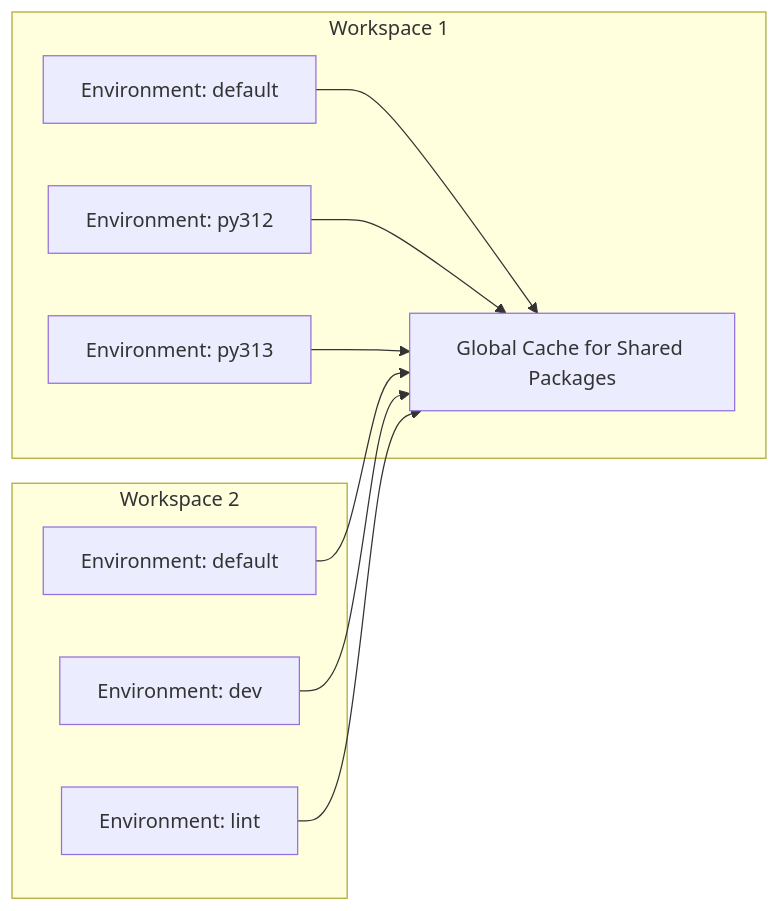
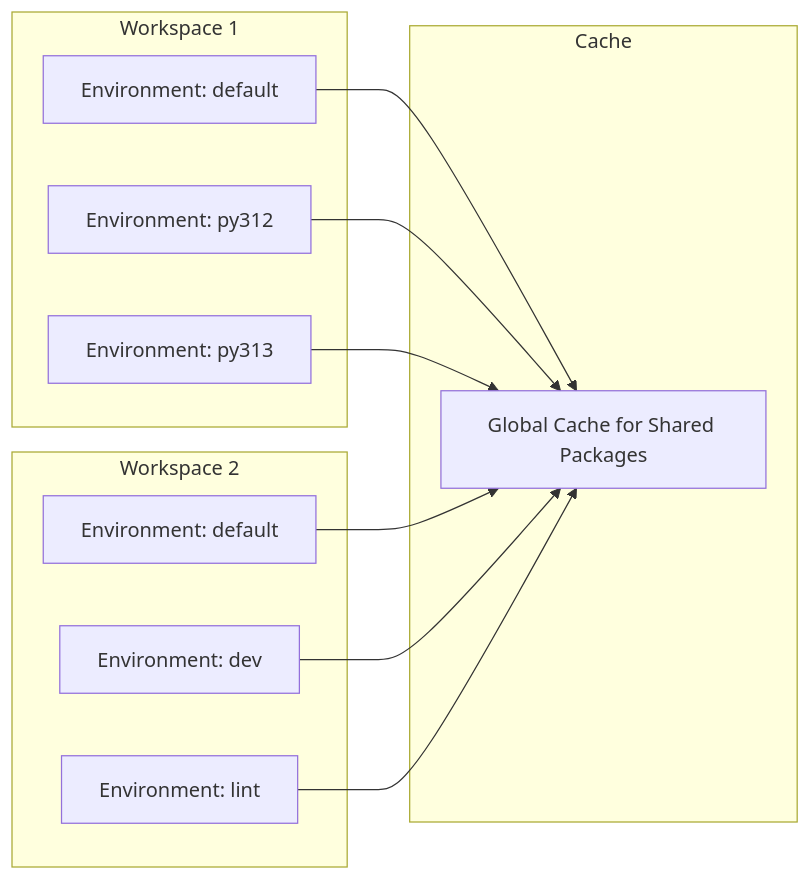
The first of 3 diagrams in 2025-02-munich-meetup/slides.md (Hofer-Julian/slidev-presentations), drawn with Mermaid before and after one commit.

Commit message:
Fix caching mermaid graph

````diff
--- a/2025-02-munich-meetup/slides.md
+++ b/2025-02-munich-meetup/slides.md
@@ -392,13 +392,16 @@
 ```mermaid
 graph LR
+    subgraph Cache
+        B[Global Cache for Shared Packages]
+    end
     subgraph Workspace 1
-        A[Environment: default] --> B[Global Cache for Shared Packages]
+        A[Environment: default] --> B
         C[Environment: py312] --> B
         E[Environment: py313] --> B
     end
     subgraph Workspace 2
         G[Environment: default] --> B
         I[Environment: dev] --> B
         K[Environment: lint] --> B
     end
 ```
````
